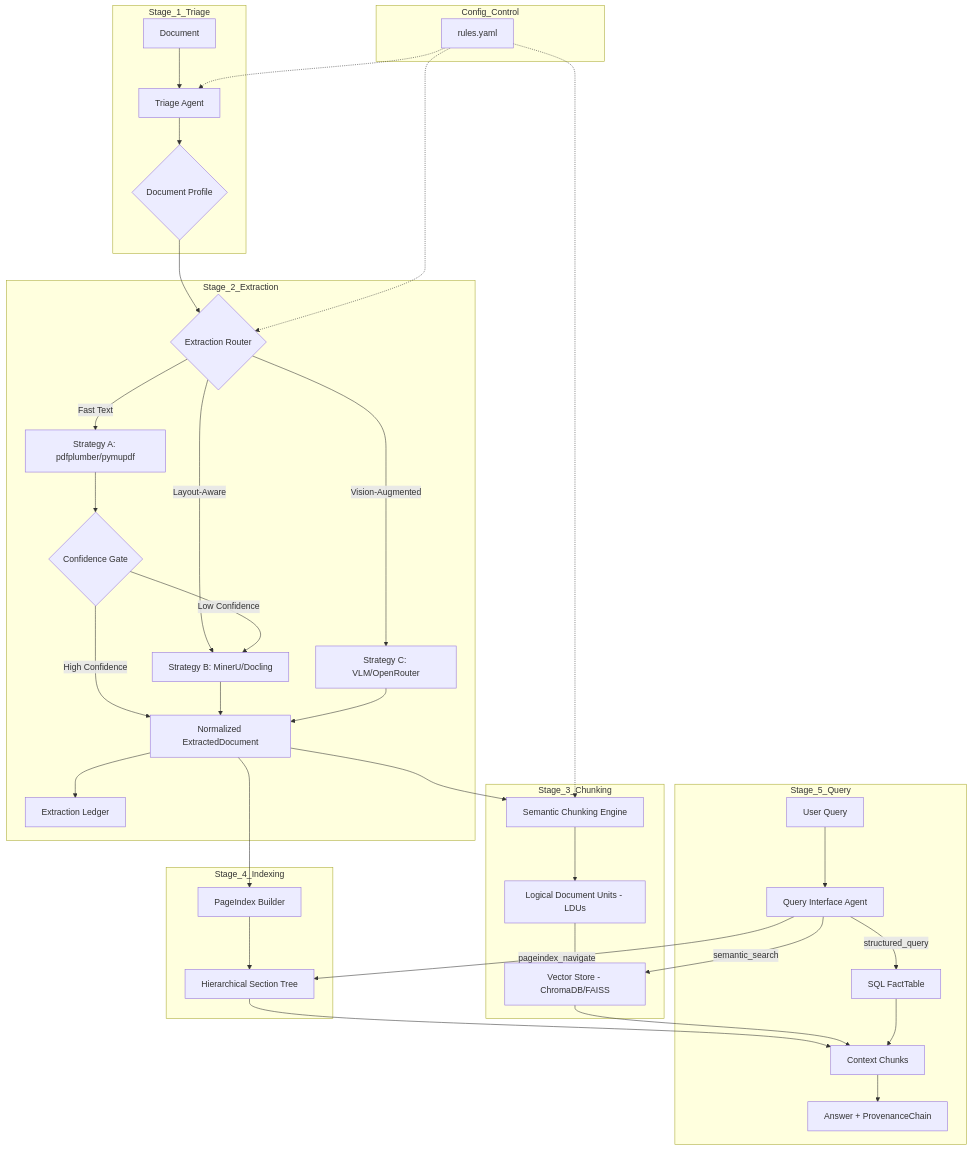
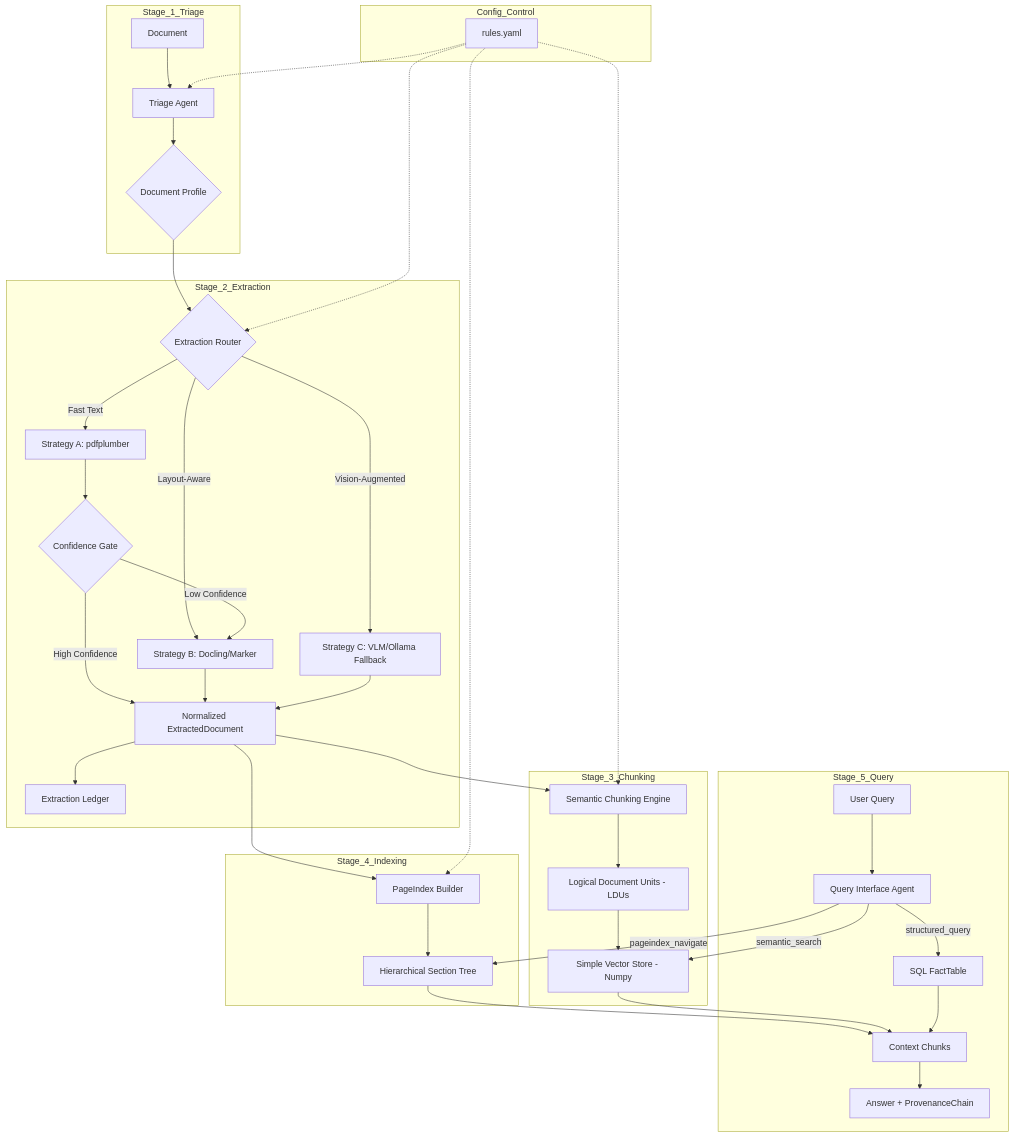
Before and after one commit to 78gk/The-Document-Intelligence-Refinery: the diagram in DOMAIN_NOTES.md, drawn with Mermaid. The commit also changed other lines of this file and 23 other files, not shown here.

````diff
--- a/DOMAIN_NOTES.md
+++ b/DOMAIN_NOTES.md
@@ -5,52 +7,53 @@
 ```mermaid
 graph TD
     subgraph Stage_1_Triage
         A[Document] --> B[Triage Agent]
         B --> C{Document Profile}
     end
 
     subgraph Stage_2_Extraction
         C --> D{Extraction Router}
-        D -->|Fast Text| E1[Strategy A: pdfplumber/pymupdf]
-        D -->|Layout-Aware| E2[Strategy B: MinerU/Docling]
-        D -->|Vision-Augmented| E3[Strategy C: VLM/OpenRouter]
+        D -->|Fast Text| E1[Strategy A: pdfplumber]
+        D -->|Layout-Aware| E2[Strategy B: Docling/Marker]
+        D -->|Vision-Augmented| E3[Strategy C: VLM/Ollama Fallback]
         
         E1 --> F{Confidence Gate}
         F -->|Low Confidence| E2
         F -->|High Confidence| G[Normalized ExtractedDocument]
         E2 --> G
         E3 --> G
         
         G --> H[Extraction Ledger]
     end
 
     subgraph Stage_3_Chunking
         G --> I[Semantic Chunking Engine]
         I --> J[Logical Document Units - LDUs]
-        J --> K[Vector Store - ChromaDB/FAISS]
+        J --> K[Simple Vector Store - Numpy]
     end
 
     subgraph Stage_4_Indexing
         G --> L[PageIndex Builder]
         L --> M[Hierarchical Section Tree]
     end
 
     subgraph Stage_5_Query
         N[User Query] --> O[Query Interface Agent]
         O -->|pageindex_navigate| M
         O -->|semantic_search| K
         O -->|structured_query| P[SQL FactTable]
         
         M --> Q[Context Chunks]
         K --> Q
         P --> Q
         
         Q --> R[Answer + ProvenanceChain]
     end
 
     subgraph Config_Control
         S[rules.yaml] -.-> B
         S -.-> D
         S -.-> I
+        S -.-> L
     end
 ```
````
